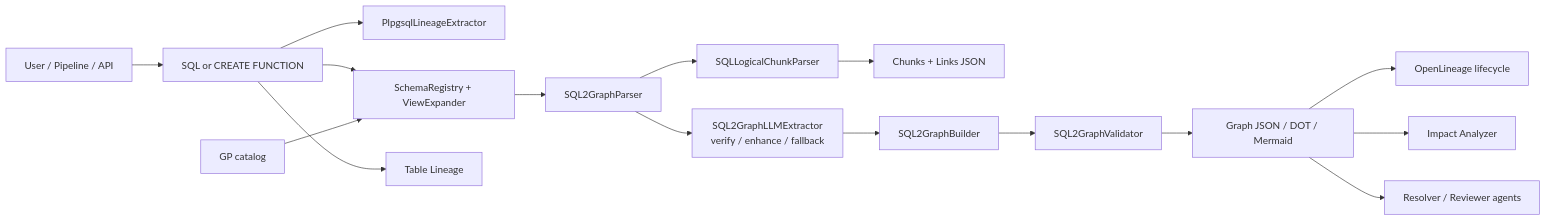
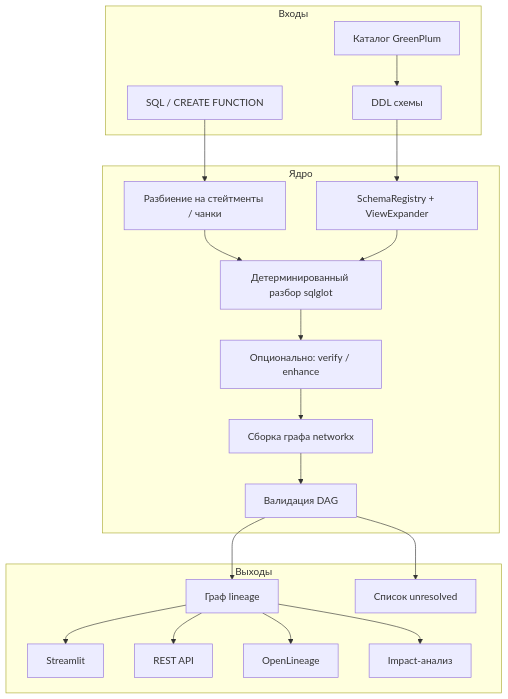
One commit to Xpehutta/llm4lineage changed the diagram in README.md. Above: the diagram before and after it, drawn with Mermaid. The commit also changed other lines of this file, not shown here.

````diff
--- a/README.md
+++ b/README.md
@@ -34,19 +35,41 @@
 ```mermaid
-flowchart LR
-    U[User / Pipeline / API] --> Q1[SQL or CREATE FUNCTION]
+flowchart TB
+    subgraph inputs [Входы]
+        SQL[SQL / CREATE FUNCTION]
+        DDL[DDL схемы]
+        GP[Каталог GreenPlum]
+    end
 
-    Q1 --> PL[PlpgsqlLineageExtractor]
-    Q1 --> SR[SchemaRegistry + ViewExpander]
-    SR --> P[SQL2GraphParser]
-    P --> CH[SQLLogicalChunkParser]
-    CH --> CK[Chunks + Links JSON]
-    P --> XL[SQL2GraphLLMExtractor<br/>verify / enhance / fallback]
-    XL --> B[SQL2GraphBuilder]
-    B --> V[SQL2GraphValidator]
-    V --> G[Graph JSON / DOT / Mermaid]
-    G --> OL[OpenLineage lifecycle]
-    G --> IM[Impact Analyzer]
-    G --> AG[Resolver / Reviewer agents]
-    Q1 --> TL[Table Lineage]
-    GP[GP catalog] --> SR
+    subgraph core [Ядро]
+        Split[Разбиение на стейтменты / чанки]
+        Parse[Детерминированный разбор sqlglot]
+        Schema[SchemaRegistry + ViewExpander]
+        LLM[Опционально: verify / enhance]
+        Build[Сборка графа networkx]
+        Valid[Валидация DAG]
+    end
+
+    subgraph out [Выходы]
+        Graph[Граф lineage]
+        Unres[Список unresolved]
+        UI[Streamlit]
+        API[REST API]
+        OL[OpenLineage]
+        Impact[Impact-анализ]
+    end
+
+    SQL --> Split
+    GP --> DDL
+    DDL --> Schema
+    Split --> Parse
+    Schema --> Parse
+    Parse --> LLM
+    LLM --> Build
+    Build --> Valid
+    Valid --> Graph
+    Valid --> Unres
+    Graph --> UI
+    Graph --> API
+    Graph --> OL
+    Graph --> Impact
 ```
````
